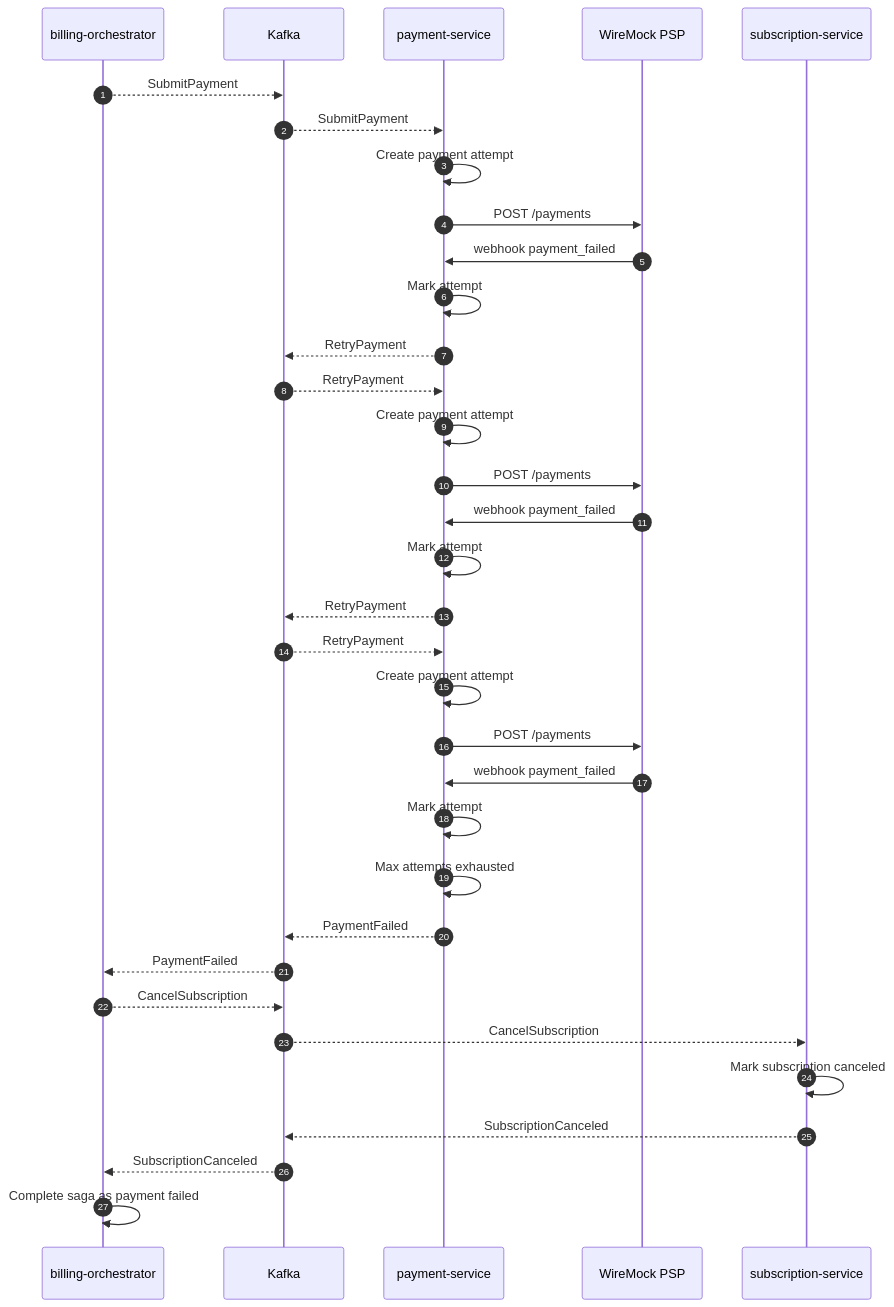
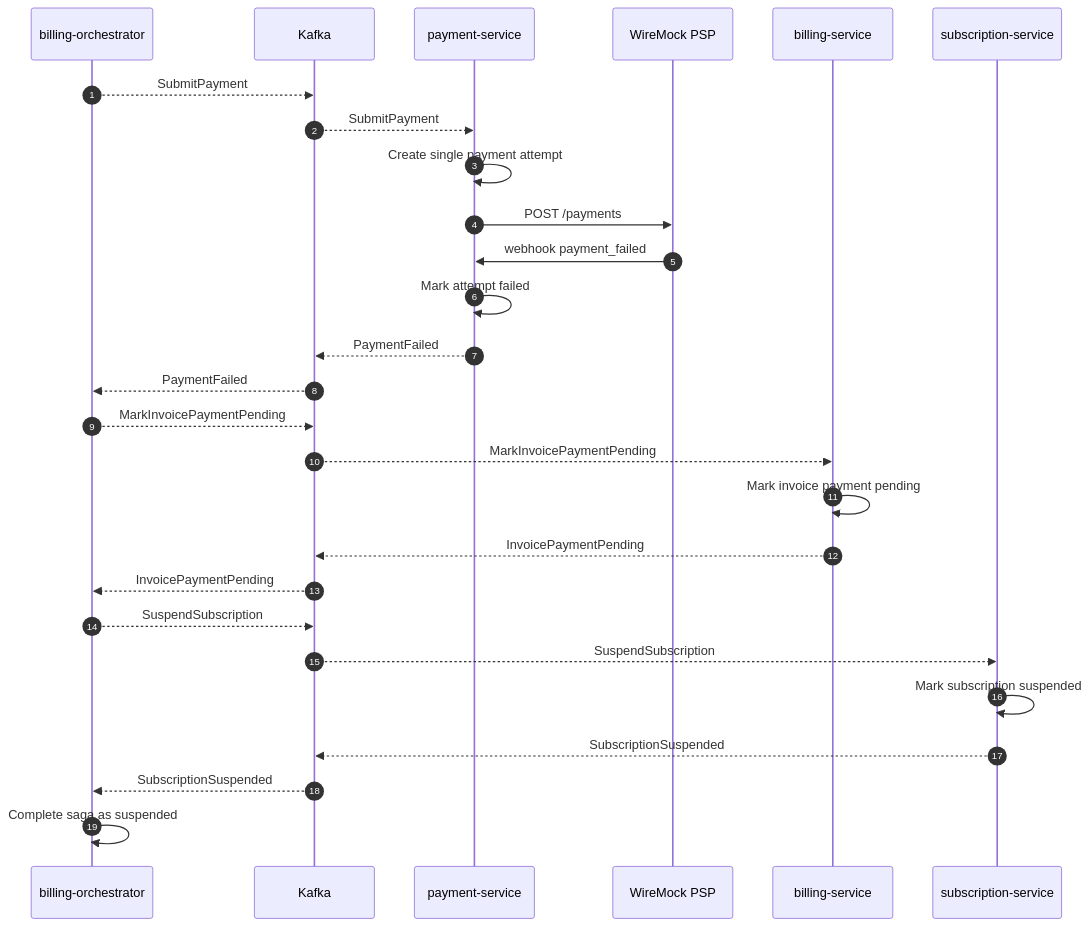
Before and after one commit to Ichiteru/distributed-system-solutions: the third of 3 diagrams in saas-billing-system/docs/architecture.md, drawn with Mermaid. The commit also changed other lines of this file and 10 other files, not shown here.

````diff
--- a/saas-billing-system/docs/architecture.md
+++ b/saas-billing-system/docs/architecture.md
@@ -264,37 +273,30 @@
 ```mermaid
 sequenceDiagram
     autonumber
     participant O as billing-orchestrator
     participant K as Kafka
     participant P as payment-service
     participant W as WireMock PSP
+    participant B as billing-service
     participant S as subscription-service
 
     O-->>K: SubmitPayment
     K-->>P: SubmitPayment
-    P->>P: Create payment attempt #1
+    P->>P: Create single payment attempt
     P->>W: POST /payments
     W->>P: webhook payment_failed
-    P->>P: Mark attempt #1 failed
-    P-->>K: RetryPayment
-    K-->>P: RetryPayment
-    P->>P: Create payment attempt #2
-    P->>W: POST /payments
-    W->>P: webhook payment_failed
-    P->>P: Mark attempt #2 failed
-    P-->>K: RetryPayment
-    K-->>P: RetryPayment
-    P->>P: Create payment attempt #3
-    P->>W: POST /payments
-    W->>P: webhook payment_failed
-    P->>P: Mark attempt #3 failed
-    P->>P: Max attempts exhausted
+    P->>P: Mark attempt failed
     P-->>K: PaymentFailed
     K-->>O: PaymentFailed
-    O-->>K: CancelSubscription
-    K-->>S: CancelSubscription
-    S->>S: Mark subscription canceled
-    S-->>K: SubscriptionCanceled
-    K-->>O: SubscriptionCanceled
-    O->>O: Complete saga as payment failed
+    O-->>K: MarkInvoicePaymentPending
+    K-->>B: MarkInvoicePaymentPending
+    B->>B: Mark invoice payment pending
+    B-->>K: InvoicePaymentPending
+    K-->>O: InvoicePaymentPending
+    O-->>K: SuspendSubscription
+    K-->>S: SuspendSubscription
+    S->>S: Mark subscription suspended
+    S-->>K: SubscriptionSuspended
+    K-->>O: SubscriptionSuspended
+    O->>O: Complete saga as suspended
 ```
````
